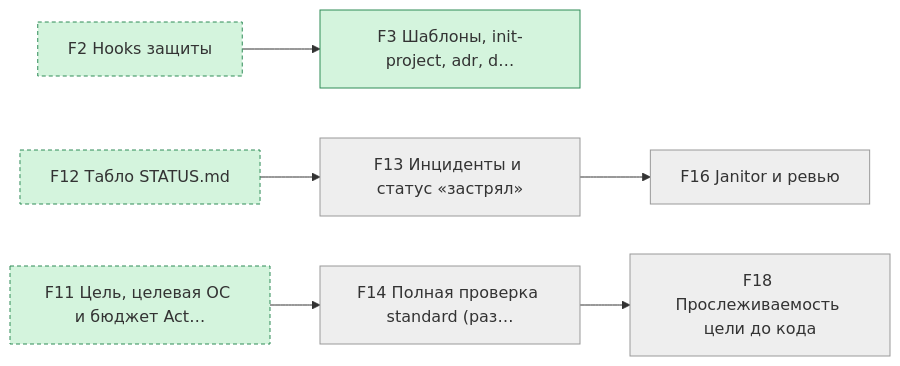
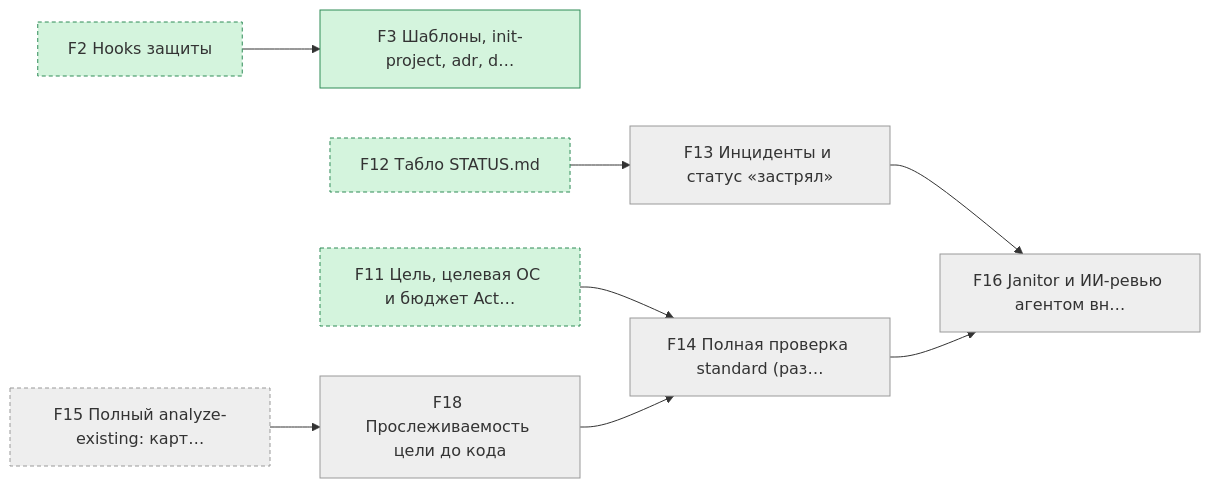
One commit to pete-doc/project-architect changed the sixth of 6 diagrams in state/STATUS.md. Above: the diagram before and after it, drawn with Mermaid. The commit also changed other lines of this file and 2 other files, not shown here.

````diff
--- a/state/STATUS.md
+++ b/state/STATUS.md
@@ -144,24 +147,27 @@
 ```mermaid
 graph LR
   F3["F3 Шаблоны, init-project, adr, d…"]
   F13["F13 Инциденты и статус «застрял»"]
   F14["F14 Полная проверка standard (раз…"]
-  F16["F16 Janitor и ревью"]
+  F16["F16 Janitor и ИИ-ревью агентом вн…"]
   F18["F18 Прослеживаемость цели до кода"]
   F2["F2 Hooks защиты"]
   F12["F12 Табло STATUS.md"]
   F11["F11 Цель, целевая ОС и бюджет Act…"]
+  F15["F15 Полный analyze-existing: карт…"]
   F2 --> F3
   F12 --> F13
   F11 --> F14
+  F18 --> F14
   F13 --> F16
-  F14 --> F18
+  F14 --> F16
+  F15 --> F18
   classDef done fill:#d4f4dd,stroke:#2e8b57
   classDef work fill:#fff3c4,stroke:#c79100
   classDef blocked fill:#ffd6d6,stroke:#c0392b
   classDef later fill:#eeeeee,stroke:#999999
   classDef outside stroke-dasharray: 4 3
   class F3,F2,F12,F11 done
-  class F13,F14,F16,F18 later
-  class F2,F12,F11 outside
+  class F13,F14,F16,F18,F15 later
+  class F2,F12,F11,F15 outside
 ```
````
